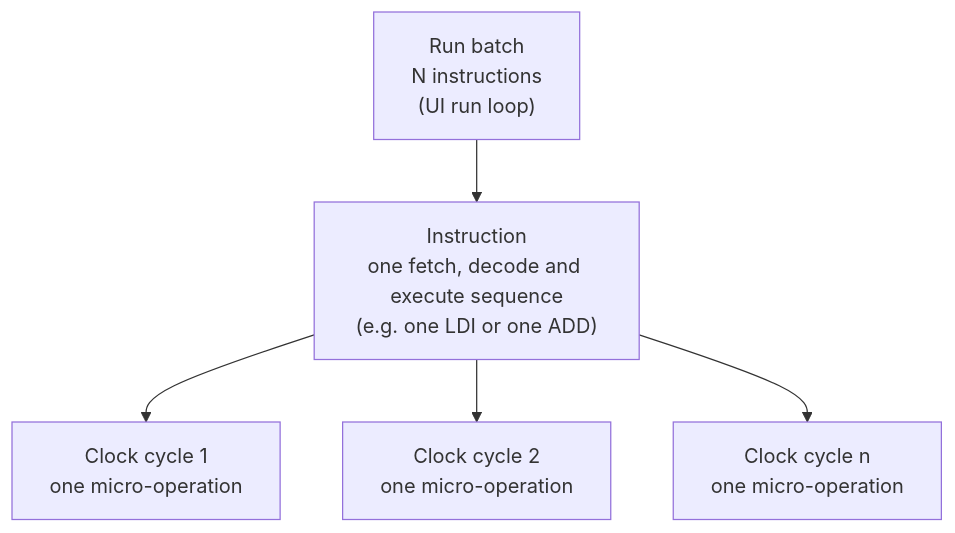
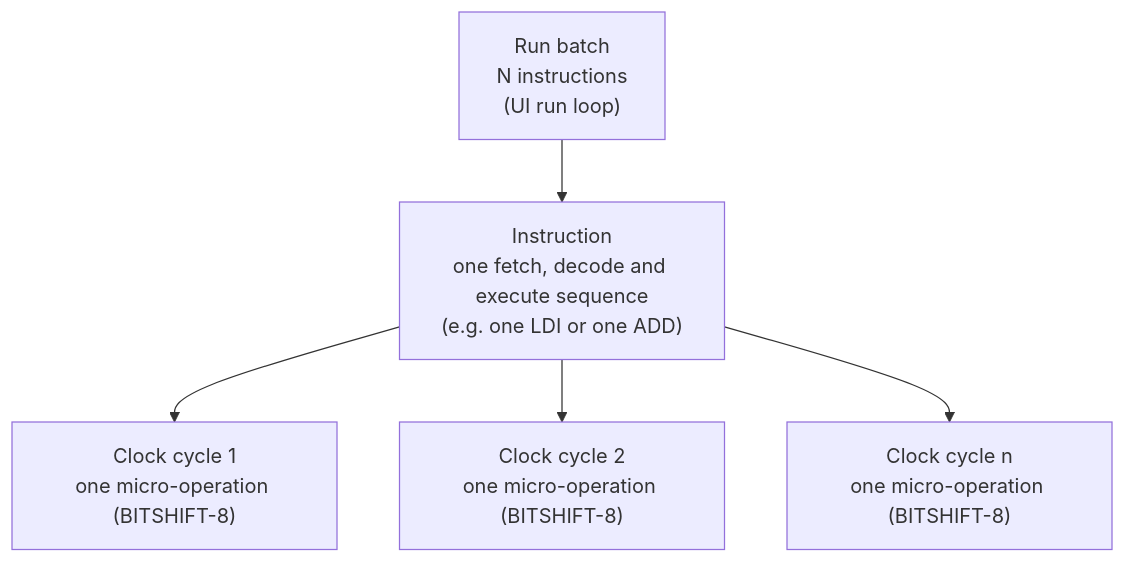
The first of 2 diagrams in docs/architecture/SIMULATION_PLATFORM.md (Browniesauce/BITSHIFT-CPU-Simulator), drawn with Mermaid before and after one commit. The commit also changed other lines of this file and 6 other files, not shown here.

Commit message:
Phase0:stage2 System Architecture refinemet

````diff
--- a/docs/architecture/SIMULATION_PLATFORM.md
+++ b/docs/architecture/SIMULATION_PLATFORM.md
@@ -30,8 +30,8 @@
 ```mermaid
 flowchart TB
   I["Instruction<br/>one fetch, decode and execute sequence<br/>(e.g. one LDI or one ADD)"]
-  I --> C1["Clock cycle 1<br/>one micro-operation"]
-  I --> C2["Clock cycle 2<br/>one micro-operation"]
-  I --> Cn["Clock cycle n<br/>one micro-operation"]
+  I --> C1["Clock cycle 1<br/>one micro-operation (BITSHIFT-8)"]
+  I --> C2["Clock cycle 2<br/>one micro-operation (BITSHIFT-8)"]
+  I --> Cn["Clock cycle n<br/>one micro-operation (BITSHIFT-8)"]
   R["Run batch<br/>N instructions<br/>(UI run loop)"] --> I
 ```
````
